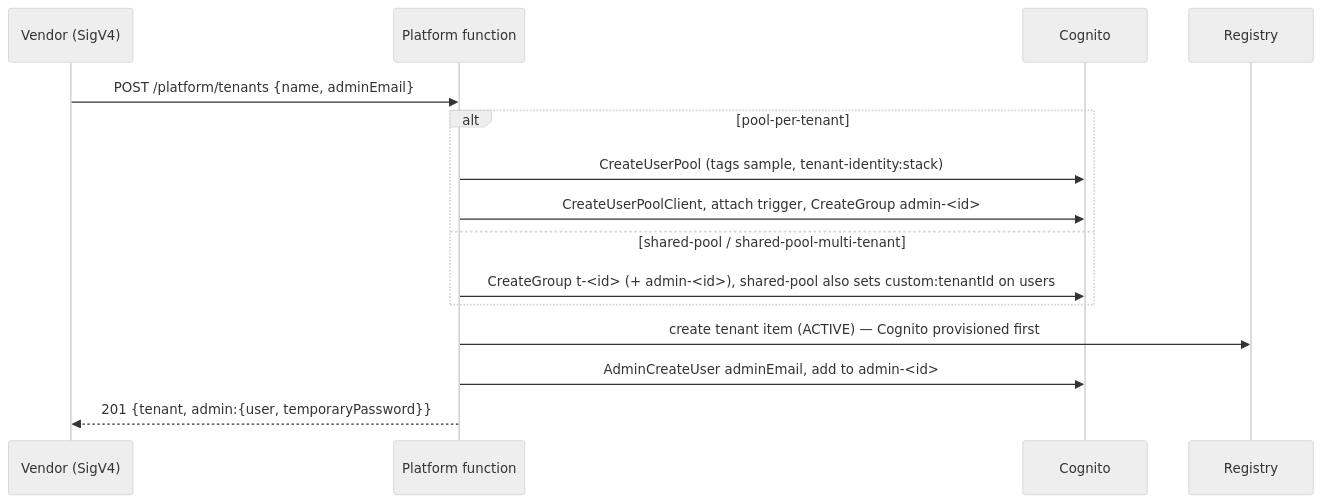
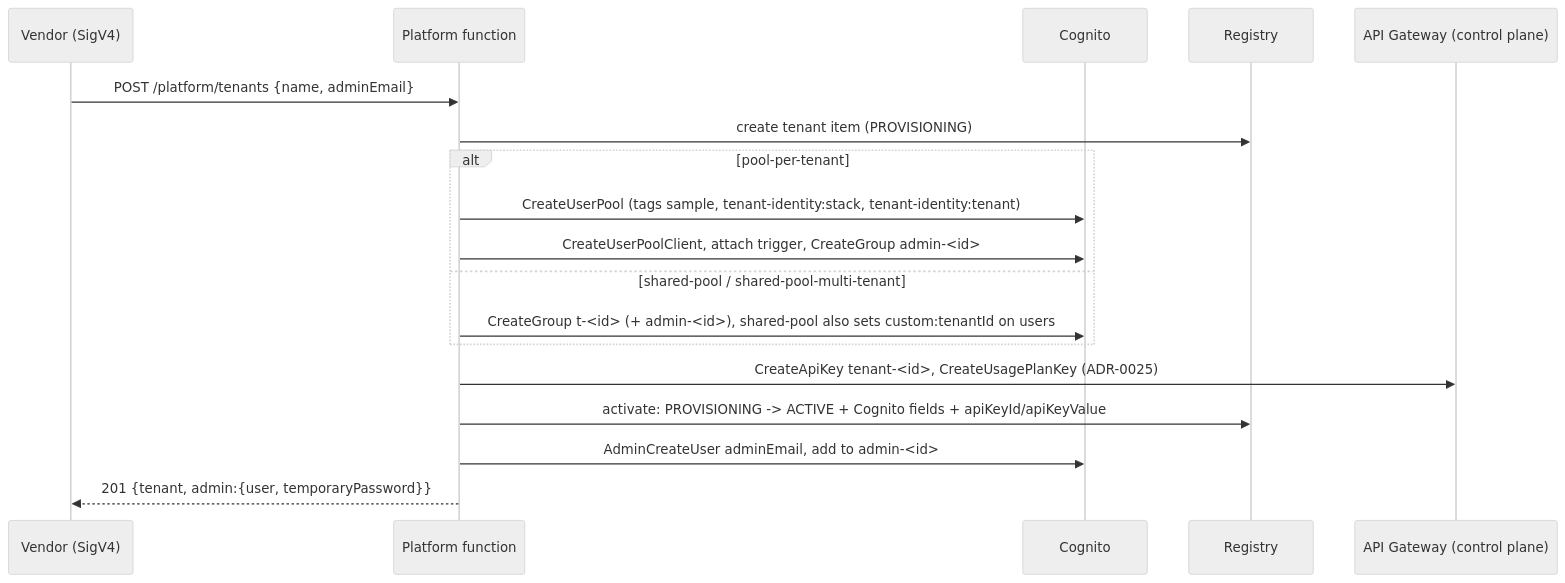
The first of 4 diagrams in samples/tenant-identity/architecture.md (aws-samples/sample-agentic-ai-acceleration-patterns), drawn with Mermaid (neutral theme) before and after one commit. The commit also changed other lines of this file and 55 other files, not shown here.

First line of the commit message:
tenant-identity: review fixes and SaaS Lens High (ADR-0025, ADR-0026)

````diff
--- a/samples/tenant-identity/architecture.md
+++ b/samples/tenant-identity/architecture.md
@@ -211,17 +250,20 @@
 ```mermaid
 sequenceDiagram
     participant V as Vendor (SigV4)
     participant P as Platform function
     participant C as Cognito
     participant R as Registry
+    participant G as API Gateway (control plane)
     V->>P: POST /platform/tenants {name, adminEmail}
+    P->>R: create tenant item (PROVISIONING)
     alt pool-per-tenant
-        P->>C: CreateUserPool (tags sample, tenant-identity:stack)
+        P->>C: CreateUserPool (tags sample, tenant-identity:stack, tenant-identity:tenant)
         P->>C: CreateUserPoolClient, attach trigger, CreateGroup admin-<id>
     else shared-pool / shared-pool-multi-tenant
         P->>C: CreateGroup t-<id> (+ admin-<id>), shared-pool also sets custom:tenantId on users
     end
-    P->>R: create tenant item (ACTIVE) — Cognito provisioned first
+    P->>G: CreateApiKey tenant-<id>, CreateUsagePlanKey (ADR-0025)
+    P->>R: activate: PROVISIONING -> ACTIVE + Cognito fields + apiKeyId/apiKeyValue
     P->>C: AdminCreateUser adminEmail, add to admin-<id>
     P-->>V: 201 {tenant, admin:{user, temporaryPassword}}
 ```
````
